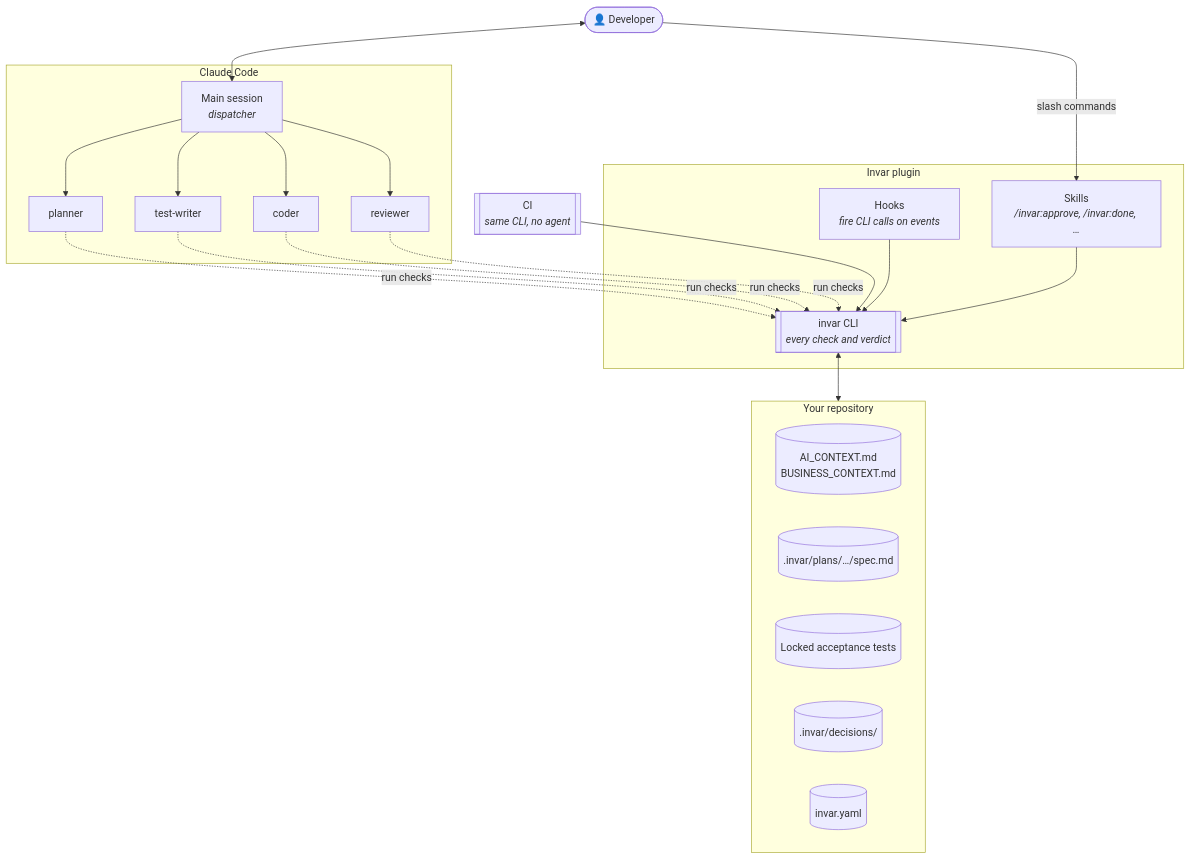
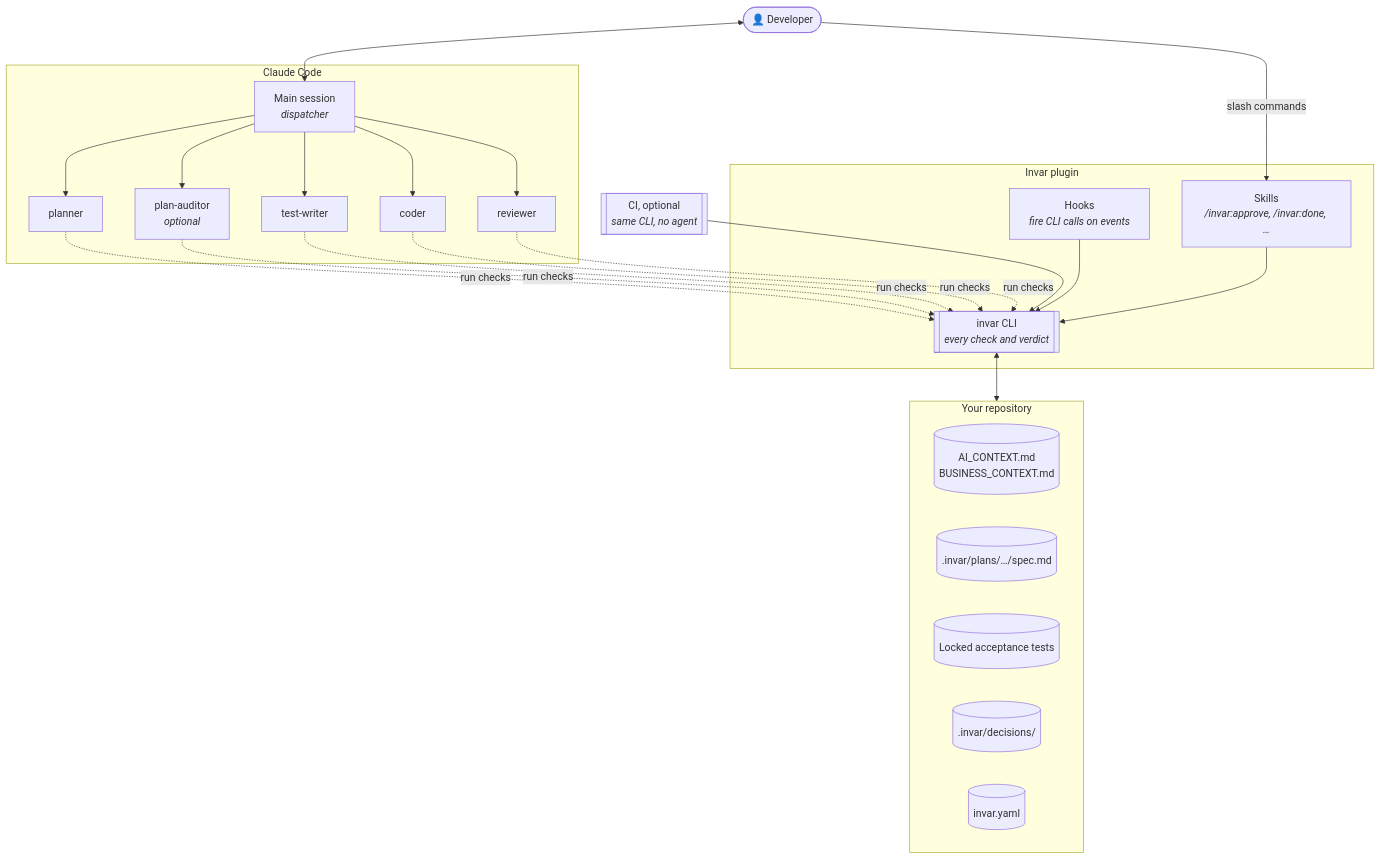
The first of 4 diagrams in docs/DESIGN.md (webzards-org/invar), drawn with Mermaid before and after one commit. The commit also changed other lines of this file and 16 other files, not shown here.

````diff
--- a/docs/DESIGN.md
+++ b/docs/DESIGN.md
@@ -59,37 +61,38 @@
 ```mermaid
 flowchart TB
     Dev([👤 Developer])
 
     subgraph CC [Claude Code]
         Main[Main session<br/><i>dispatcher</i>]
         Planner[planner]
+        Auditor[plan-auditor<br/><i>optional</i>]
         TW[test-writer]
         Coder[coder]
         Rev[reviewer]
     end
 
     subgraph Plugin [Invar plugin]
         Hooks[Hooks<br/><i>fire CLI calls on events</i>]
         Skills[Skills<br/><i>/invar:approve, /invar:done, …</i>]
         CLI[[invar CLI<br/><i>every check and verdict</i>]]
     end
 
     subgraph Disk [Your repository]
         Ctx[(AI_CONTEXT.md<br/>BUSINESS_CONTEXT.md)]
         Plan[(.invar/plans/…/spec.md)]
         Tests[(Locked acceptance tests)]
         Log[(.invar/decisions/)]
         Cfg[(invar.yaml)]
     end
 
-    CI[[CI<br/><i>same CLI, no agent</i>]]
+    CI[[CI, optional<br/><i>same CLI, no agent</i>]]
 
     Dev <--> Main
     Dev -- slash commands --> Skills
-    Main --> Planner & TW & Coder & Rev
+    Main --> Planner & Auditor & TW & Coder & Rev
     Hooks --> CLI
     Skills --> CLI
-    Planner & TW & Coder & Rev -. run checks .-> CLI
+    Planner & Auditor & TW & Coder & Rev -. run checks .-> CLI
     CLI <--> Disk
     CI --> CLI
 ```
````
